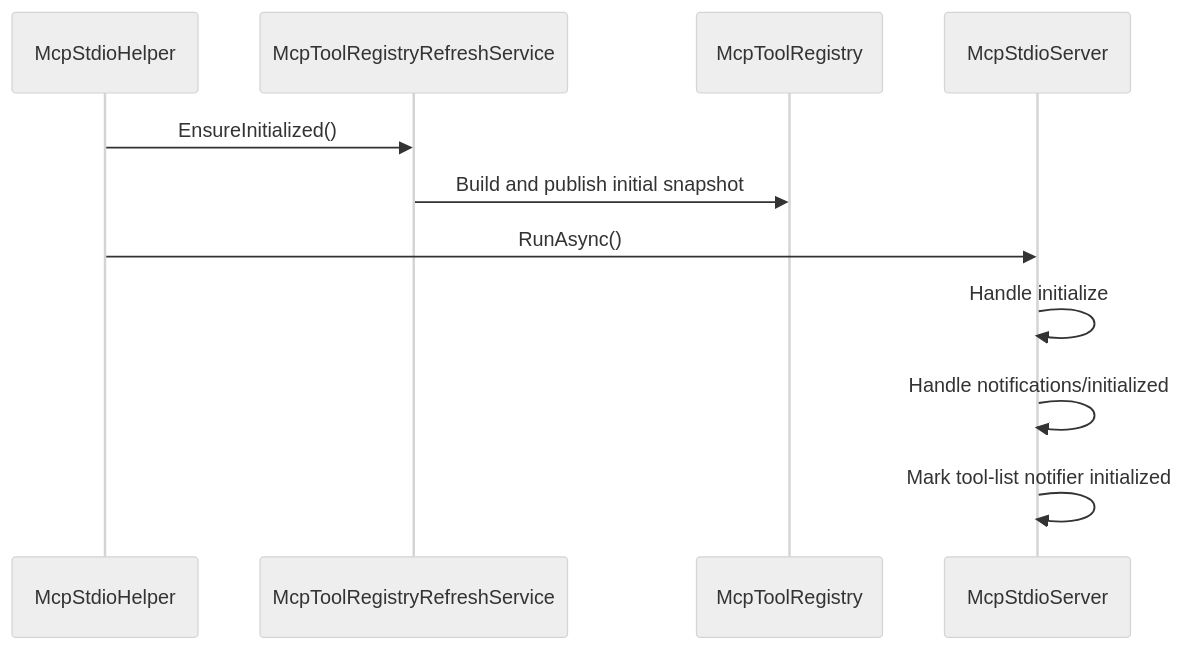
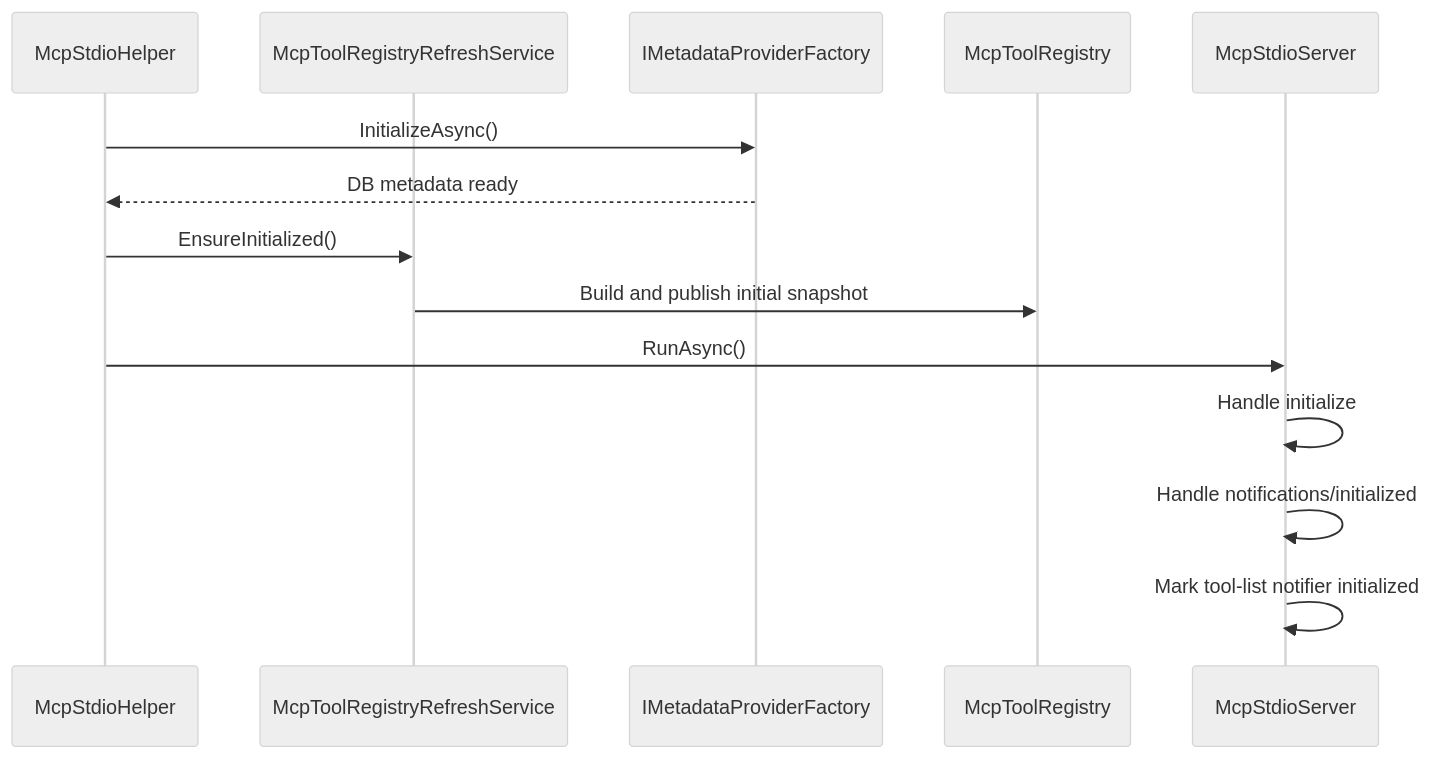
Before and after one commit to Azure/data-api-builder: the second of 4 diagrams in docs/design/McpToolRegistryHotReload.md, drawn with Mermaid (neutral theme). The commit also changed other lines of this file and 5 other files, not shown here.

Commit message:
fix(mcp): initialize tool schemas after metadata

````diff
--- a/docs/design/McpToolRegistryHotReload.md
+++ b/docs/design/McpToolRegistryHotReload.md
@@ -377,14 +391,17 @@
 ```mermaid
 sequenceDiagram
     participant Helper as McpStdioHelper
     participant Refresh as McpToolRegistryRefreshService
+    participant Metadata as IMetadataProviderFactory
     participant Registry as McpToolRegistry
     participant Server as McpStdioServer
 
+    Helper->>Metadata: InitializeAsync()
+    Metadata-->>Helper: DB metadata ready
     Helper->>Refresh: EnsureInitialized()
     Refresh->>Registry: Build and publish initial snapshot
     Helper->>Server: RunAsync()
     Server->>Server: Handle initialize
     Server->>Server: Handle notifications/initialized
     Server->>Server: Mark tool-list notifier initialized
 ```
````
